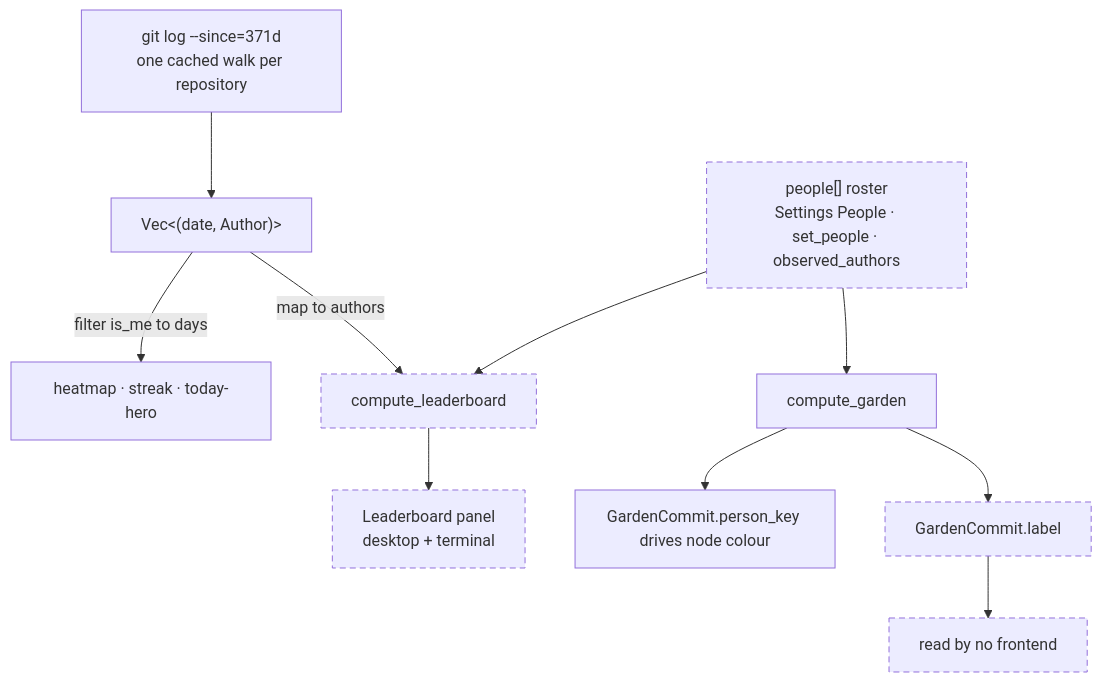
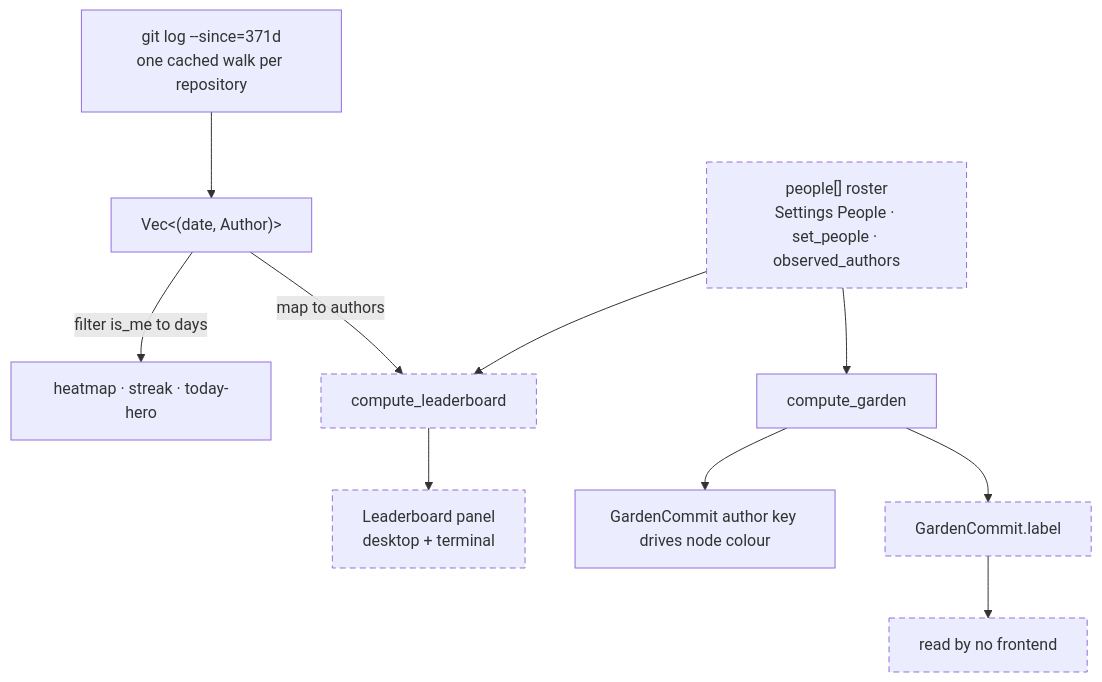
Before and after one commit to avantmedialtd/specforge: the diagram in openspec/changes/remove-leaderboard-and-roster/proposal.md, drawn with Mermaid. The commit also changed other lines of this file and 17 other files, not shown here.

````diff
--- a/openspec/changes/remove-leaderboard-and-roster/proposal.md
+++ b/openspec/changes/remove-leaderboard-and-roster/proposal.md
@@ -15,15 +15,15 @@
 ```mermaid
 flowchart TB
     G["git log --since=371d<br/>one cached walk per repository"] --> P["Vec&lt;(date, Author)&gt;"]
     P -->|"filter is_me to days"| H["heatmap · streak · today-hero"]
     P -->|"map to authors"| CL["compute_leaderboard"]
     RO["people[] roster<br/>Settings People · set_people · observed_authors"] --> CL
     RO --> CG["compute_garden"]
     CL --> LB["Leaderboard panel<br/>desktop + terminal"]
-    CG --> PK["GardenCommit.person_key drives node colour"]
+    CG --> PK["GardenCommit author key drives node colour"]
     CG --> GL["GardenCommit.label"]
     GL --> DEAD["read by no frontend"]
 
     classDef gone stroke-dasharray: 6 4
     class CL,RO,LB,GL,DEAD gone
 ```
````
